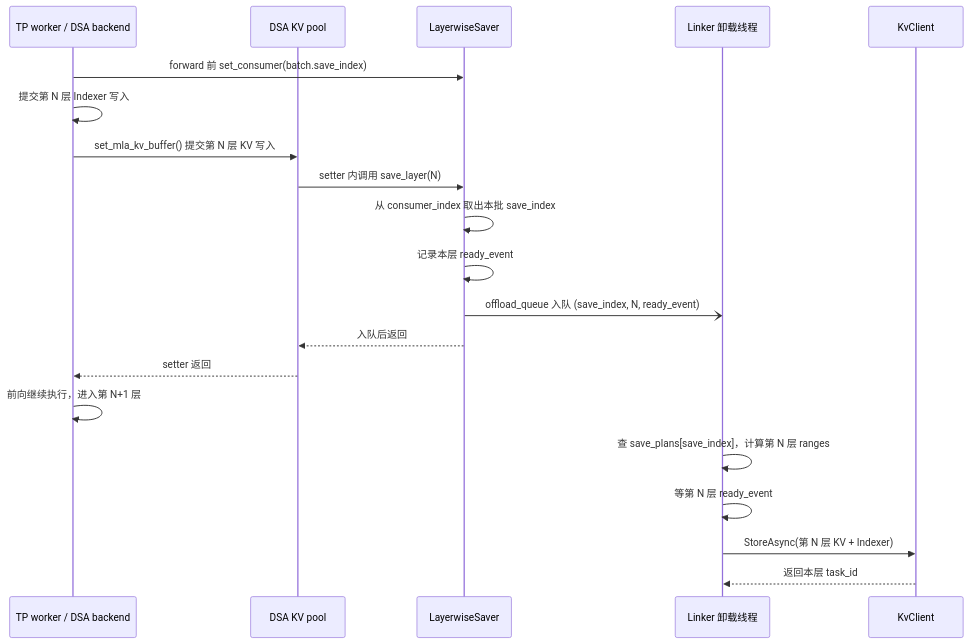
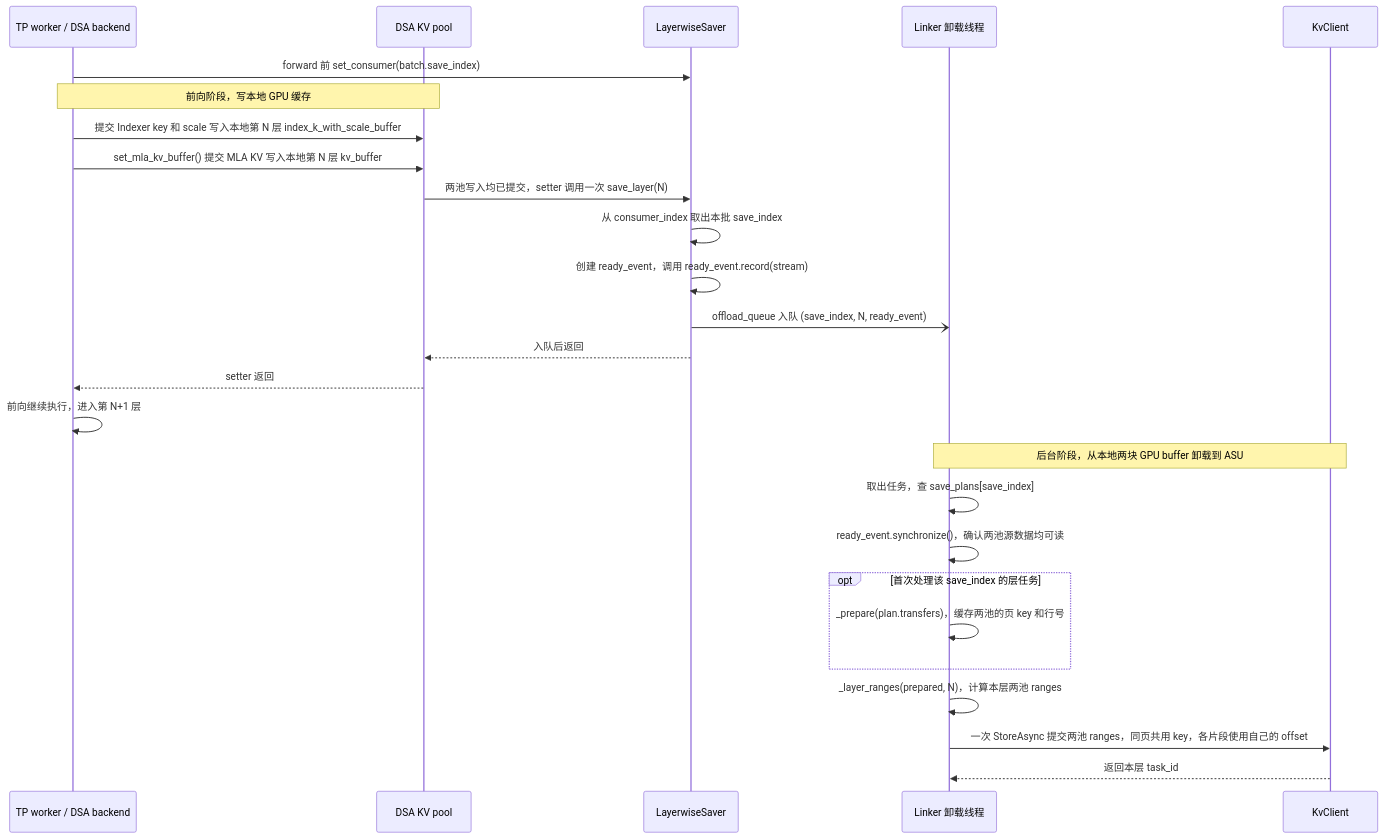
Before and after one commit to yuanzhg078/sglang: diagram 21 of 26 in kv_client_linker_backend_design.md, drawn with Mermaid. The commit also changed other lines of this file and 1 other file, not shown here.

````diff
--- a/kv_client_linker_backend_design.md
+++ b/kv_client_linker_backend_design.md
@@ -1285,23 +1287,29 @@
 ```mermaid
 sequenceDiagram
     participant D as TP worker / DSA backend
     participant P as DSA KV pool
     participant S as LayerwiseSaver
     participant W as Linker 卸载线程
     participant K as KvClient
 
     D->>S: forward 前 set_consumer(batch.save_index)
-    D->>D: 提交第 N 层 Indexer 写入
-    D->>P: set_mla_kv_buffer() 提交第 N 层 KV 写入
-    P->>S: setter 内调用 save_layer(N)
+    Note over D,P: 前向阶段，写本地 GPU 缓存
+    D->>P: 提交 Indexer key 和 scale 写入本地第 N 层 index_k_with_scale_buffer
+    D->>P: set_mla_kv_buffer() 提交 MLA KV 写入本地第 N 层 kv_buffer
+    P->>S: 两池写入均已提交，setter 调用一次 save_layer(N)
     S->>S: 从 consumer_index 取出本批 save_index
-    S->>S: 记录本层 ready_event
+    S->>S: 创建 ready_event，调用 ready_event.record(stream)
     S-)W: offload_queue 入队 (save_index, N, ready_event)
     S-->>P: 入队后返回
     P-->>D: setter 返回
     D->>D: 前向继续执行，进入第 N+1 层
-    W->>W: 查 save_plans[save_index]，计算第 N 层 ranges
-    W->>W: 等第 N 层 ready_event
-    W->>K: StoreAsync(第 N 层 KV + Indexer)
+    Note over W,K: 后台阶段，从本地两块 GPU buffer 卸载到 ASU
+    W->>W: 取出任务，查 save_plans[save_index]
+    W->>W: ready_event.synchronize()，确认两池源数据均可读
+    opt 首次处理该 save_index 的层任务
+        W->>W: _prepare(plan.transfers)，缓存两池的页 key 和行号
+    end
+    W->>W: _layer_ranges(prepared, N)，计算本层两池 ranges
+    W->>K: 一次 StoreAsync 提交两池 ranges，同页共用 key，各片段使用自己的 offset
     K-->>W: 返回本层 task_id
 ```
````
